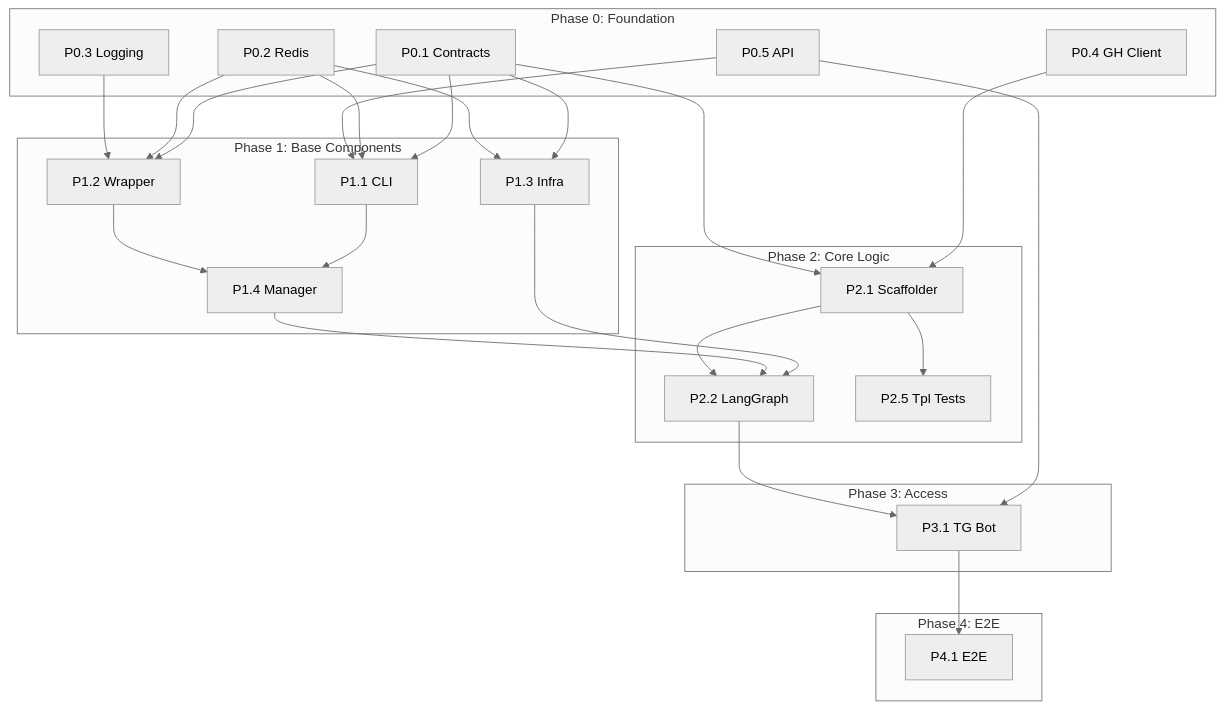
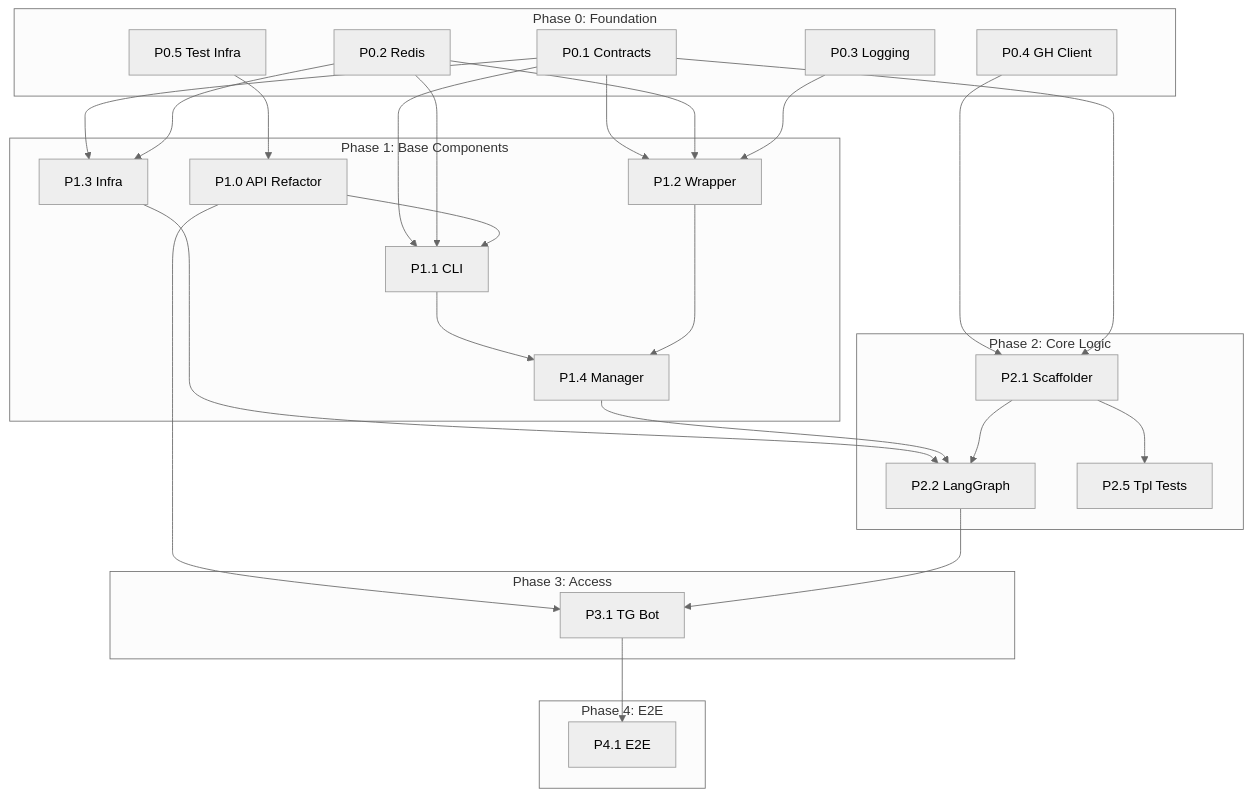
One commit to vladmesh/codegen_orchestrator changed the diagram in docs/new_architecture/MIGRATION_PLAN.md. Above: the diagram before and after it, drawn with Mermaid (neutral theme). The commit also changed other lines of this file and 2 other files, not shown here.

````diff
--- a/docs/new_architecture/MIGRATION_PLAN.md
+++ b/docs/new_architecture/MIGRATION_PLAN.md
@@ -21,62 +21,65 @@
 ```mermaid
 flowchart TB
     subgraph Phase0["Phase 0: Foundation"]
         P0_1[P0.1 Contracts]
         P0_2[P0.2 Redis]
         P0_3[P0.3 Logging]
         P0_4[P0.4 GH Client]
-        P0_5[P0.5 API]
+        P0_5[P0.5 Test Infra]
     end
 
     subgraph Phase1["Phase 1: Base Components"]
+        P1_0[P1.0 API Refactor]
         P1_1[P1.1 CLI]
         P1_2[P1.2 Wrapper]
         P1_3[P1.3 Infra]
         P1_4[P1.4 Manager]
     end
 
     subgraph Phase2["Phase 2: Core Logic"]
         P2_1[P2.1 Scaffolder]
         P2_2[P2.2 LangGraph]
         P2_5[P2.5 Tpl Tests]
     end
 
     subgraph Phase3["Phase 3: Access"]
         P3_1[P3.1 TG Bot]
     end
 
     subgraph Phase4["Phase 4: E2E"]
         P4_1[P4.1 E2E]
     end
 
     %% Phase 1 Dependencies
+    P0_5 --> P1_0
+    
     P0_1 --> P1_1
     P0_2 --> P1_1
-    P0_5 --> P1_1
+    P1_0 --> P1_1
 
     P0_1 --> P1_2
     P0_2 --> P1_2
     P0_3 --> P1_2
 
     P0_1 --> P1_3
     P0_2 --> P1_3
 
     P1_1 --> P1_4
     P1_2 --> P1_4
 
     %% Phase 2 Dependencies
     P0_4 --> P2_1
     P0_1 --> P2_1
 
     P1_3 --> P2_2
     P1_4 --> P2_2
     P2_1 --> P2_2
     P2_1 --> P2_5
 
     %% Phase 3 Dependencies
-    P0_5 --> P3_1
+    P1_0 --> P3_1
     P2_2 --> P3_1
 
     %% Phase 4 Dependencies
     P3_1 --> P4_1
 ```
````
